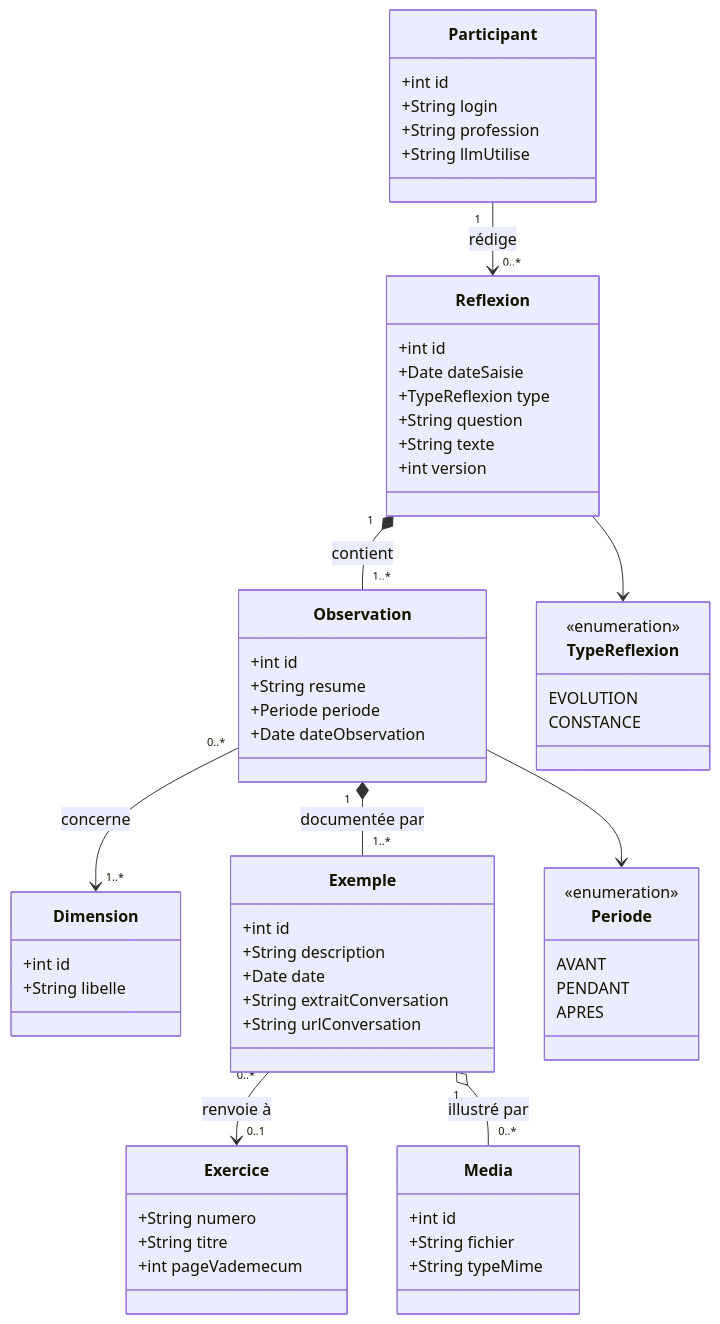
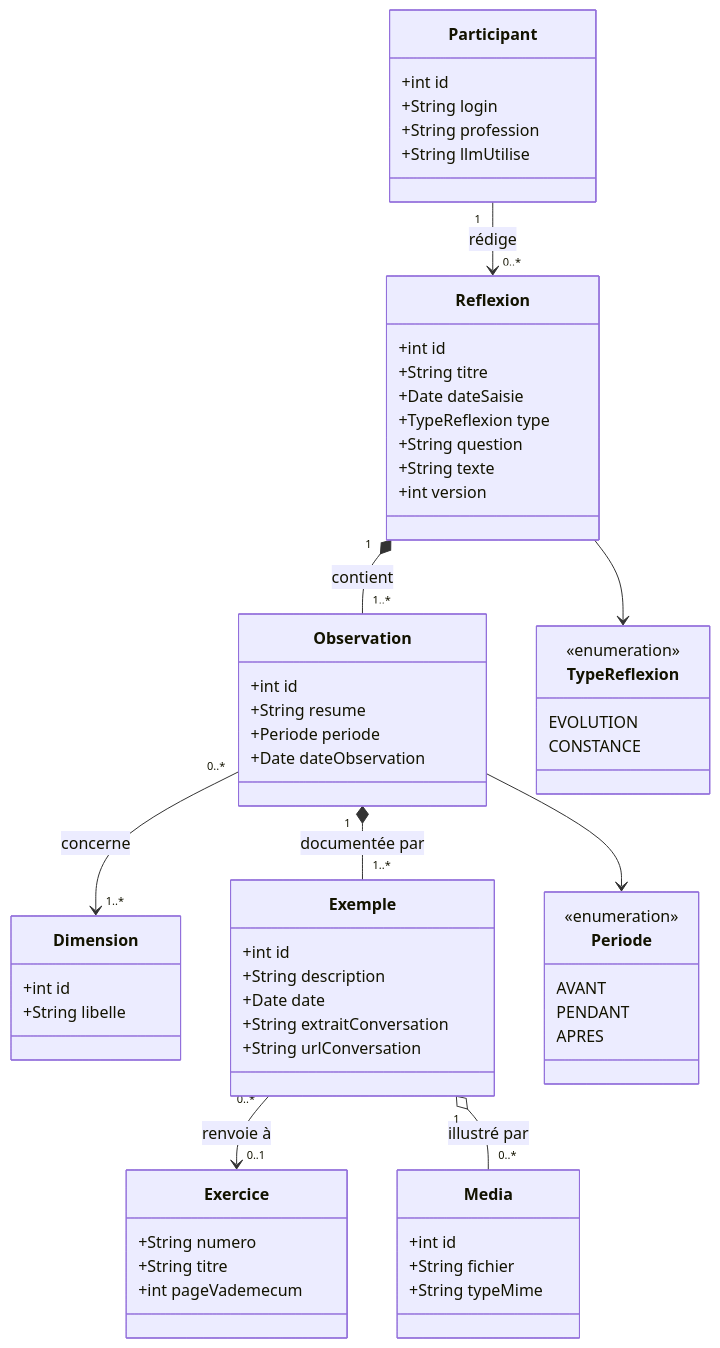
The first of 3 diagrams in diagram_class.md (tasnimhassan/ArtificialInquiries_11), drawn with Mermaid before and after one commit. The commit also changed other lines of this file and 1 other file, not shown here.

````diff
--- a/diagram_class.md
+++ b/diagram_class.md
@@ -3,72 +11,73 @@
 ```mermaid
 classDiagram
     class Participant {
         +int id
         +String login
         +String profession
         +String llmUtilise
     }
 
     class Reflexion {
         +int id
+        +String titre
         +Date dateSaisie
         +TypeReflexion type
         +String question
         +String texte
         +int version
     }
 
     class Observation {
         +int id
         +String resume
         +Periode periode
         +Date dateObservation
     }
 
     class Dimension {
         +int id
         +String libelle
     }
 
     class Exemple {
         +int id
         +String description
         +Date date
         +String extraitConversation
         +String urlConversation
     }
 
     class Exercice {
         +String numero
         +String titre
         +int pageVademecum
     }
 
     class Media {
         +int id
         +String fichier
         +String typeMime
     }
 
     class TypeReflexion {
         <<enumeration>>
         EVOLUTION
         CONSTANCE
     }
 
     class Periode {
         <<enumeration>>
         AVANT
         PENDANT
         APRES
     }
 
     Participant "1" --> "0..*" Reflexion : rédige
     Reflexion "1" *-- "1..*" Observation : contient
     Observation "0..*" --> "1..*" Dimension : concerne
     Observation "1" *-- "1..*" Exemple : documentée par
     Exemple "0..*" --> "0..1" Exercice : renvoie à
     Exemple "1" o-- "0..*" Media : illustré par
     Reflexion --> TypeReflexion
     Observation --> Periode
 ```
````
